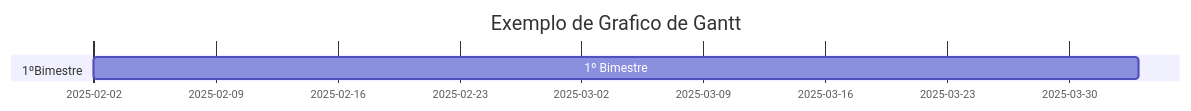
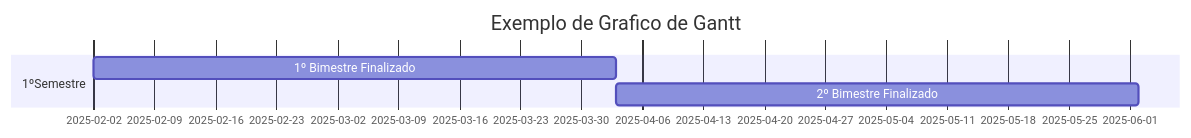
Before and after one commit to BDlucca/Grafico-Gannt: the third of 3 diagrams in README.md, drawn with Mermaid.

````diff
--- a/README.md
+++ b/README.md
@@ -18,8 +18,9 @@
 ```mermaid
 gantt
   title Exemplo de Grafico de Gantt
   dateFormat YYYY-MM-DD
-  section 1ºBimestre
-  1º Bimestre :a1, 2025-02-02, 60d
-  section 2º Bimestre
+  section 1ºSemestre
+  1º Bimestre Finalizado:a1, 2025-02-02, 60d
+  2º Bimestre Finalizado:a2, after a1, 60d
+  section 2º Semestre
 ```
````
